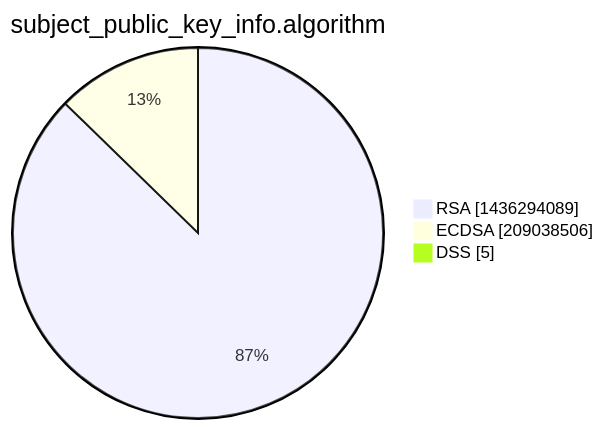
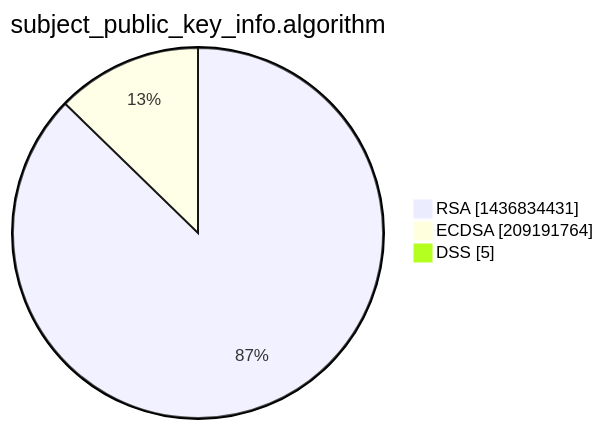
The third of 15 diagrams in xenon2022/README.md (christiankrug/ctmonitor_visualization), drawn with Mermaid before and after one commit. The commit also changed other lines of this file, not shown here.

````diff
--- a/xenon2022/README.md
+++ b/xenon2022/README.md
@@ -14,7 +14,7 @@
 ```mermaid
 pie showData
 title subject_public_key_info.algorithm
-"RSA" :1436294089
-"ECDSA" :209038506
+"RSA" :1436834431
+"ECDSA" :209191764
 "DSS" :5
 ```
````
